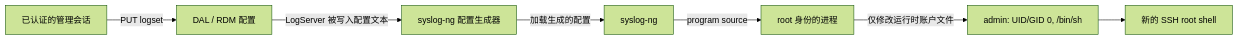
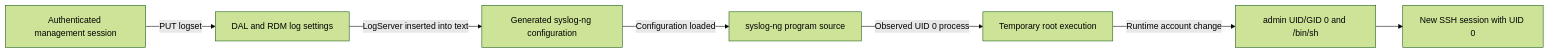
One commit to stevejiang0509/ex3301-t0-root-ssh-research changed the diagram in docs/technical-analysis.md. Above: the diagram before and after it, drawn with Mermaid (forest theme). The commit also changed other lines of this file and 7 other files, not shown here.

````diff
--- a/docs/technical-analysis.md
+++ b/docs/technical-analysis.md
@@ -13,9 +13,9 @@
 ```mermaid
 flowchart LR
-    A[已认证的管理会话] -->|PUT logset| B[DAL / RDM 配置]
-    B -->|LogServer 被写入配置文本| C[syslog-ng 配置生成器]
-    C -->|加载生成的配置| D[syslog-ng]
-    D -->|program source| E[root 身份的进程]
-    E -->|仅修改运行时账户文件| F[admin: UID/GID 0, /bin/sh]
-    F --> G[新的 SSH root shell]
+    A[Authenticated management session] -->|PUT logset| B[DAL and RDM log settings]
+    B -->|LogServer inserted into text| C[Generated syslog-ng configuration]
+    C -->|Configuration loaded| D[syslog-ng program source]
+    D -->|Observed UID 0 process| E[Temporary root execution]
+    E -->|Runtime account change| F[admin UID/GID 0 and /bin/sh]
+    F --> G[New SSH session with UID 0]
 ```
````
